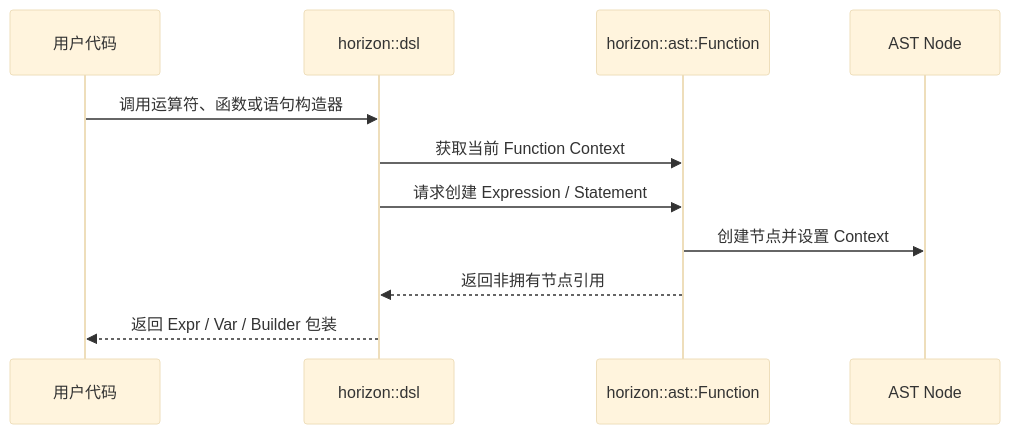
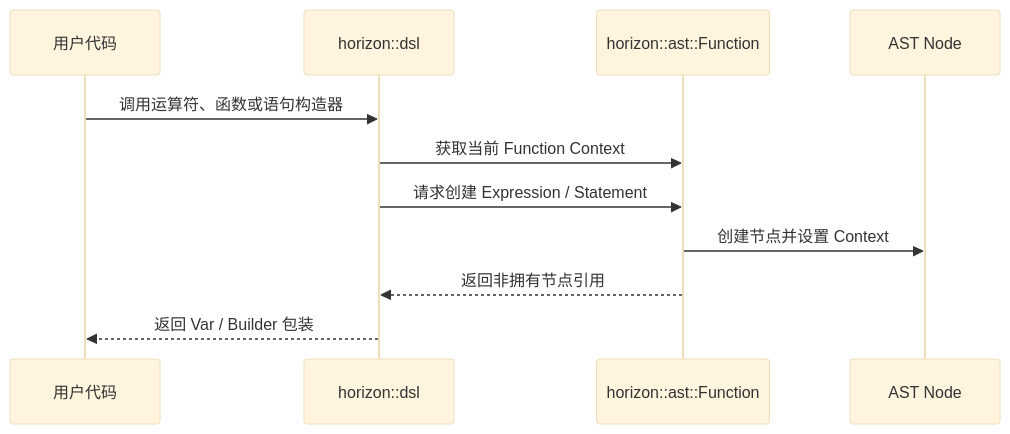
The second of 3 diagrams in docs/architecture/overview.md (CoronaEngine/Horizon), drawn with Mermaid (base theme) before and after one commit. The commit also changed other lines of this file and 33 other files, not shown here.

````diff
--- a/docs/architecture/overview.md
+++ b/docs/architecture/overview.md
@@ -189,14 +197,14 @@
 ```mermaid
 sequenceDiagram
     participant U as 用户代码
     participant D as horizon::dsl
     participant F as horizon::ast::Function
     participant N as AST Node
 
     U->>D: 调用运算符、函数或语句构造器
     D->>F: 获取当前 Function Context
     D->>F: 请求创建 Expression / Statement
     F->>N: 创建节点并设置 Context
     F-->>D: 返回非拥有节点引用
-    D-->>U: 返回 Expr / Var / Builder 包装
+    D-->>U: 返回 Var / Builder 包装
 ```
````
